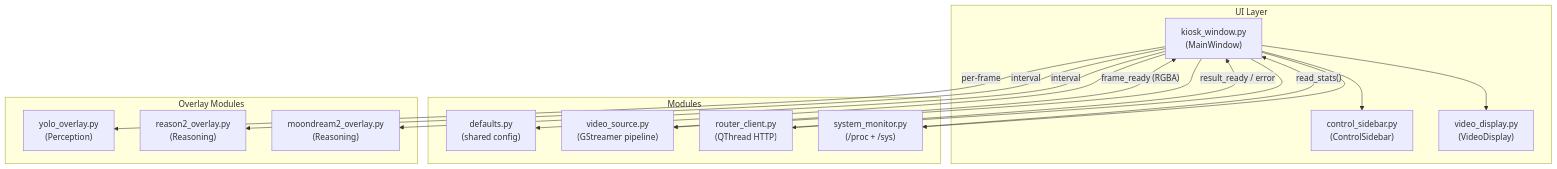
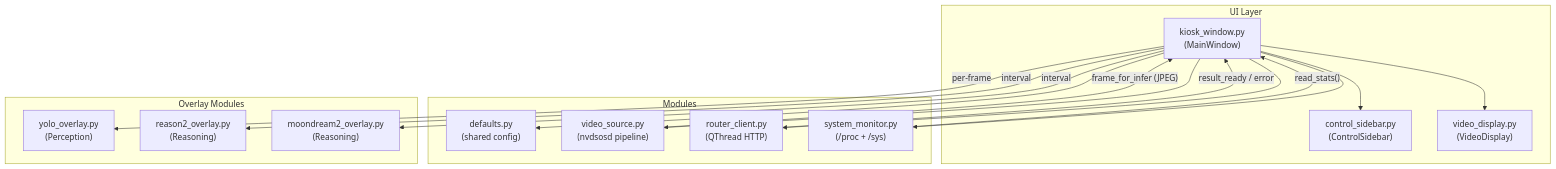
One commit to ccbruce0812/nikko-vlm-webui changed the second of 4 diagrams in pyside6-gui.md. Above: the diagram before and after it, drawn with Mermaid. The commit also changed other lines of this file and 1 other file, not shown here.

````diff
--- a/pyside6-gui.md
+++ b/pyside6-gui.md
@@ -42,34 +42,34 @@
 ```mermaid
 flowchart TB
     subgraph UI["UI Layer"]
         Main["kiosk_window.py<br/>(MainWindow)"]
         Sidebar["control_sidebar.py<br/>(ControlSidebar)"]
         Display["video_display.py<br/>(VideoDisplay)"]
     end
 
     subgraph Modules["Modules"]
         DF["defaults.py<br/>(shared config)"]
-        VS["video_source.py<br/>(GStreamer pipeline)"]
+        VS["video_source.py<br/>(nvdsosd pipeline)"]
         RC["router_client.py<br/>(QThread HTTP)"]
         SM["system_monitor.py<br/>(/proc + /sys)"]
     end
 
     subgraph Overlay["Overlay Modules"]
         YO["yolo_overlay.py<br/>(Perception)"]
         R2O["reason2_overlay.py<br/>(Reasoning)"]
         MD2O["moondream2_overlay.py<br/>(Reasoning)"]
     end
 
     Main --> Sidebar
     Main --> Display
     Main --> DF
     Main --> VS
     Main --> RC
     Main --> SM
     Main -- "per-frame" --> YO
     Main -- "interval" --> R2O
     Main -- "interval" --> MD2O
-    VS -- "frame_ready (RGBA)" --> Main
+    VS -- "frame_for_infer (JPEG)" --> Main
     RC -- "result_ready / error" --> Main
     SM -- "read_stats()" --> Main
 ```
````
